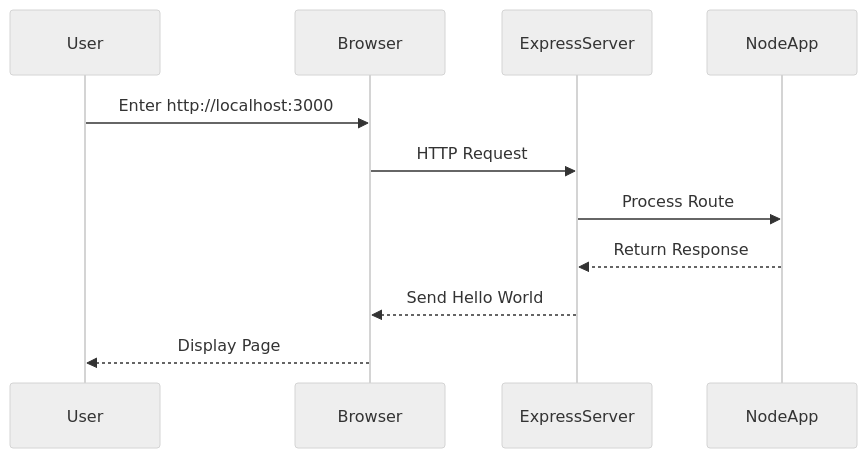
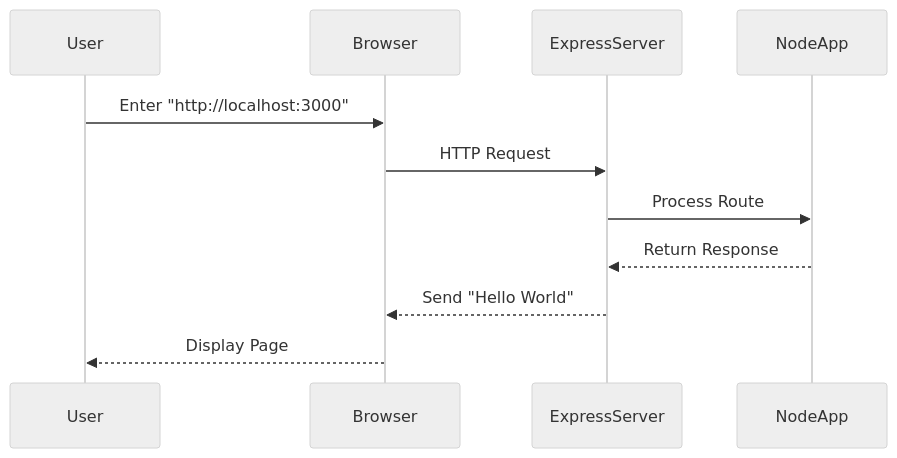
One commit to Drose001/cst391 changed the diagram in activities/activity0/README.md. Above: the diagram before and after it, drawn with Mermaid (neutral theme). The commit also changed other lines of this file, not shown here.

````diff
--- a/activities/activity0/README.md
+++ b/activities/activity0/README.md
@@ -140,14 +145,14 @@
 ```mermaid
 sequenceDiagram
     participant User
     participant Browser
     participant ExpressServer
     participant NodeApp
 
-    User->>Browser: Enter http://localhost:3000
+    User->>Browser: Enter "http://localhost:3000"
     Browser->>ExpressServer: HTTP Request
     ExpressServer->>NodeApp: Process Route
     NodeApp-->>ExpressServer: Return Response
-    ExpressServer-->>Browser: Send Hello World
+    ExpressServer-->>Browser: Send "Hello World"
     Browser-->>User: Display Page
 ```
````
